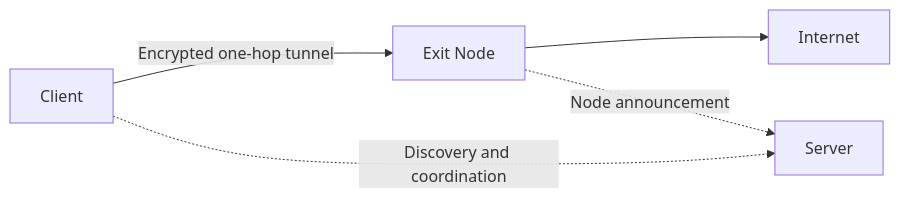
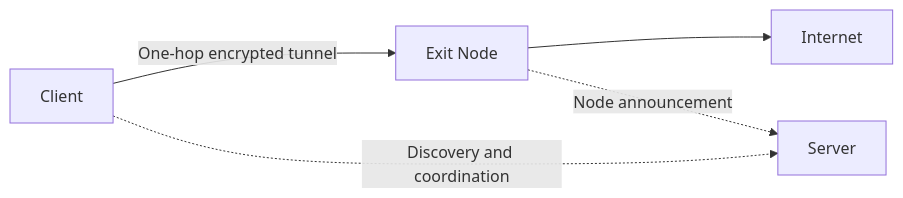
One commit to Irviodotnet/Irvio changed the first of 2 diagrams in README.md. Above: the diagram before and after it, drawn with Mermaid. The commit also changed other lines of this file and 3227 other files, not shown here.

````diff
--- a/README.md
+++ b/README.md
@@ -56,7 +74,7 @@
 ```mermaid
 flowchart LR
-    C[Client] -->|Encrypted one-hop tunnel| E[Exit Node]
+    C[Client] -->|One-hop encrypted tunnel| E[Exit Node]
     E --> I[Internet]
     C -. Discovery and coordination .-> S[Server]
     E -. Node announcement .-> S
 ```
````
